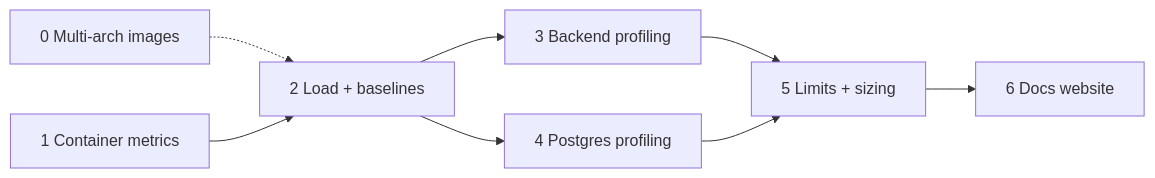
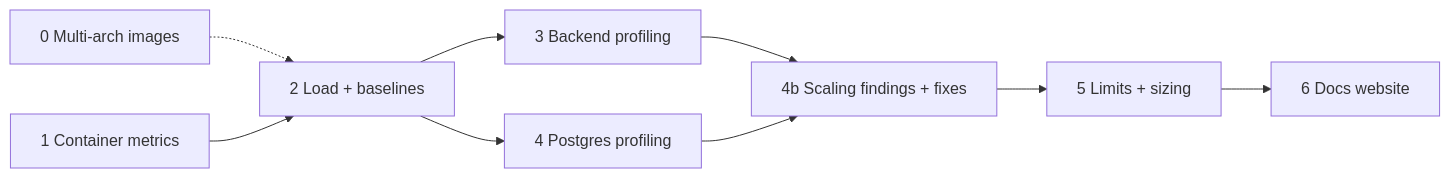
Before and after one commit to ballardr/reqtrackmanager: the first of 2 diagrams in docs/plans/resource-profiling-plan.md, drawn with Mermaid. The commit also changed other lines of this file and 36 other files, not shown here.

````diff
--- a/docs/plans/resource-profiling-plan.md
+++ b/docs/plans/resource-profiling-plan.md
@@ -19,10 +20,11 @@
 ```mermaid
 flowchart LR
     P0["0 Multi-arch images"] -.-> P2
     P1["1 Container metrics"] --> P2["2 Load + baselines"]
     P2 --> P3["3 Backend profiling"]
     P2 --> P4["4 Postgres profiling"]
-    P3 --> P5["5 Limits + sizing"]
-    P4 --> P5
+    P3 --> P4b["4b Scaling findings + fixes"]
+    P4 --> P4b
+    P4b --> P5["5 Limits + sizing"]
     P5 --> P6["6 Docs website"]
 ```
````
